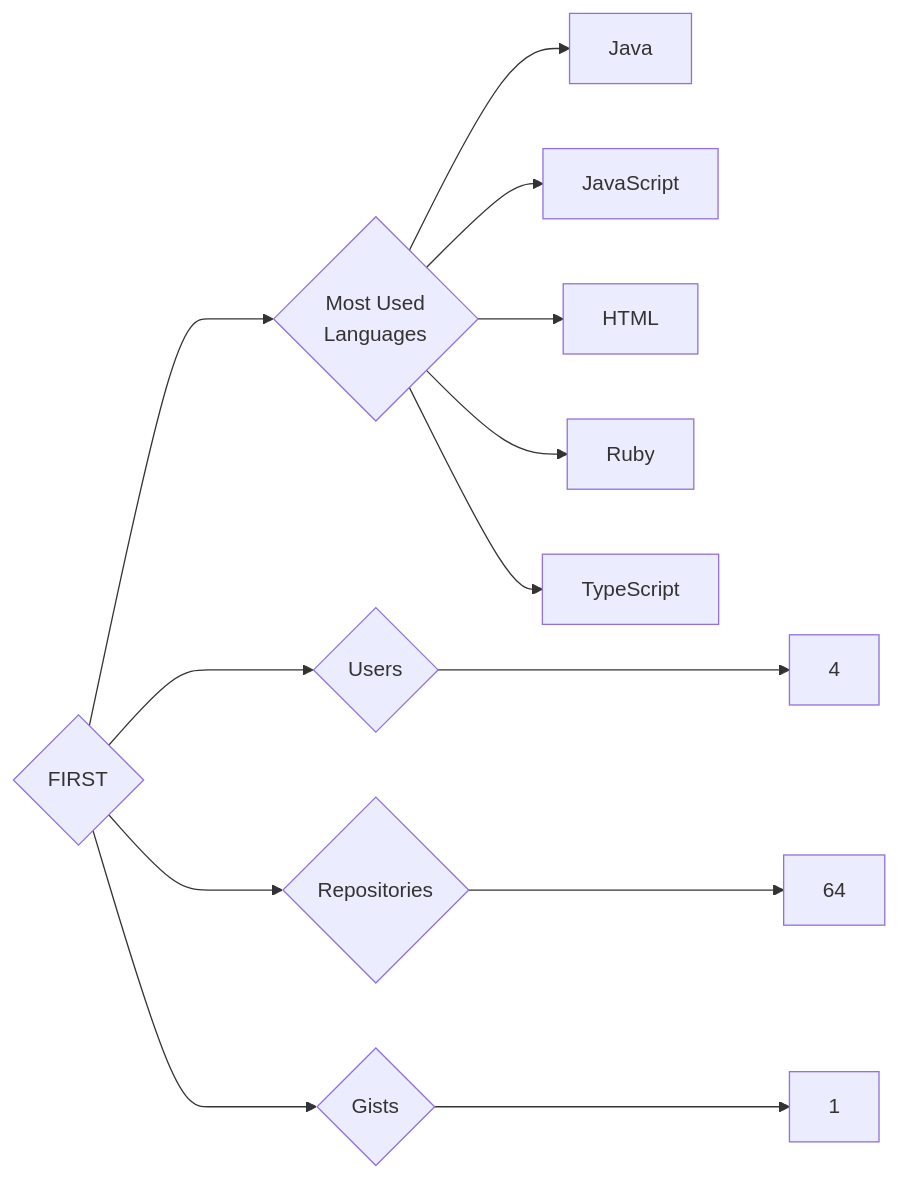
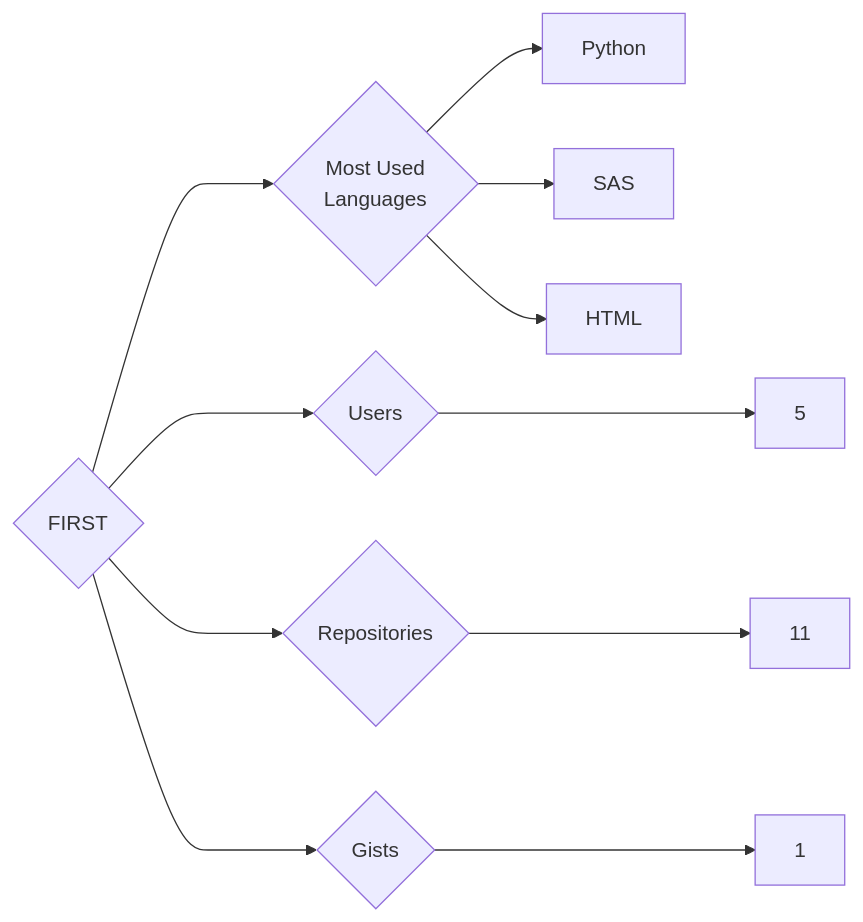
One commit to trickest/insiders changed the diagram in targets/FIRST/README.md. Above: the diagram before and after it, drawn with Mermaid. The commit also changed 1020 other files, not shown here.

````diff
--- a/targets/FIRST/README.md
+++ b/targets/FIRST/README.md
@@ -3,13 +3,11 @@
 ```mermaid
 graph LR
 COMPANY_NAME{FIRST}
-COMPANY_NAME ---> U{Users} ---> UN[4]
-COMPANY_NAME ---> R{Repositories} ---> RN[64]
+COMPANY_NAME ---> U{Users} ---> UN[5]
+COMPANY_NAME ---> R{Repositories} ---> RN[11]
 COMPANY_NAME ---> G{Gists} ---> GN[1]
 COMPANY_NAME ---> ML{Most Used<br>Languages}
-ML --> Java[Java]
-ML --> JavaScript[JavaScript]
+ML --> Python[Python]
+ML --> SAS[SAS]
 ML --> HTML[HTML]
-ML --> Ruby[Ruby]
-ML --> TypeScript[TypeScript]
 ```
````
